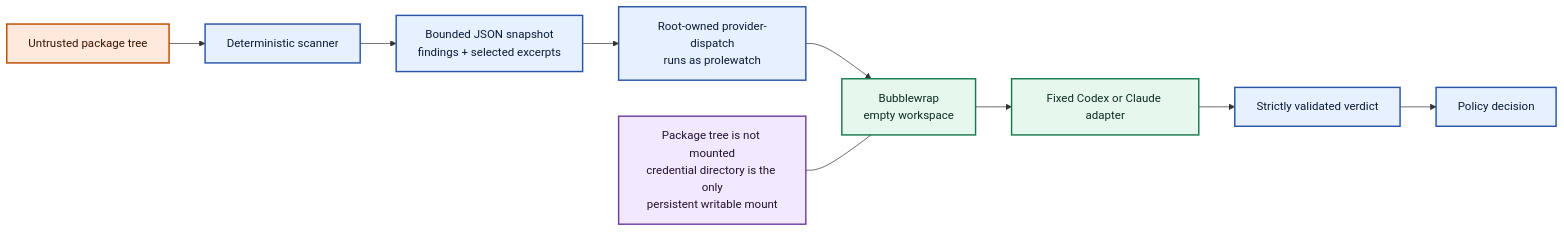
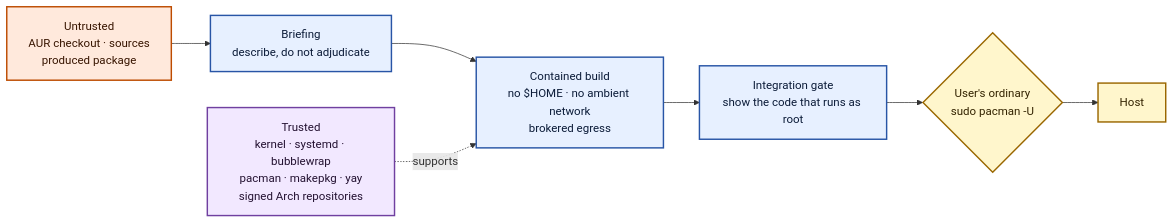
Before and after one commit to holgerjh/prolewatch: the diagram in docs/architecture.md, drawn with Mermaid. The commit also changed other lines of this file and 203 other files, not shown here.

````diff
--- a/docs/architecture.md
+++ b/docs/architecture.md
@@ -344,25 +1002,23 @@
 ```mermaid
 flowchart LR
-    MATERIAL["Untrusted package tree"]
-    SCAN["Deterministic scanner"]
-    SNAPSHOT["Bounded JSON snapshot<br/>findings + selected excerpts"]
-    DISPATCH["Root-owned provider-dispatch<br/>runs as prolewatch"]
-    SANDBOX["Bubblewrap<br/>empty workspace"]
-    CLI["Fixed Codex or Claude adapter"]
-    VERDICT["Strictly validated verdict"]
-    GATE["Policy decision"]
-    NOTE["Package tree is not mounted<br/>credential directory is the only<br/>persistent writable mount"]
+    MATERIAL["Untrusted<br/>AUR checkout · sources<br/>produced package"]
+    BRIEF["Briefing<br/>describe, do not adjudicate"]
+    CONTAIN["Contained build<br/>no $HOME · no ambient network<br/>brokered egress"]
+    SCRIPT["Integration gate<br/>show the code that runs as root"]
+    SUDO{"User's ordinary<br/>sudo pacman -U"}
+    HOST["Host"]
+    TCB["Trusted<br/>kernel · systemd · bubblewrap<br/>pacman · makepkg · yay<br/>signed Arch repositories"]
 
-    MATERIAL --> SCAN --> SNAPSHOT --> DISPATCH --> SANDBOX --> CLI --> VERDICT --> GATE
-    NOTE --- SANDBOX
+    MATERIAL --> BRIEF --> CONTAIN --> SCRIPT --> SUDO --> HOST
+    TCB -. supports .-> CONTAIN
 
     classDef untrusted fill:#ffe9dc,stroke:#bd4b00,color:#381500,stroke-width:2px;
     classDef control fill:#e7f0ff,stroke:#2855a6,color:#0b1b38,stroke-width:2px;
-    classDef contained fill:#e6f7ee,stroke:#18794e,color:#0c2d20,stroke-width:2px;
-    classDef note fill:#f2e8ff,stroke:#7040a0,color:#241232,stroke-width:2px;
+    classDef trusted fill:#f2e8ff,stroke:#7040a0,color:#241232,stroke-width:2px;
+    classDef result fill:#fff6cc,stroke:#9a6700,color:#332300,stroke-width:2px;
 
     class MATERIAL untrusted;
-    class SCAN,SNAPSHOT,DISPATCH,VERDICT,GATE control;
-    class SANDBOX,CLI contained;
-    class NOTE note;
+    class BRIEF,CONTAIN,SCRIPT control;
+    class TCB trusted;
+    class SUDO,HOST result;
 ```
````
